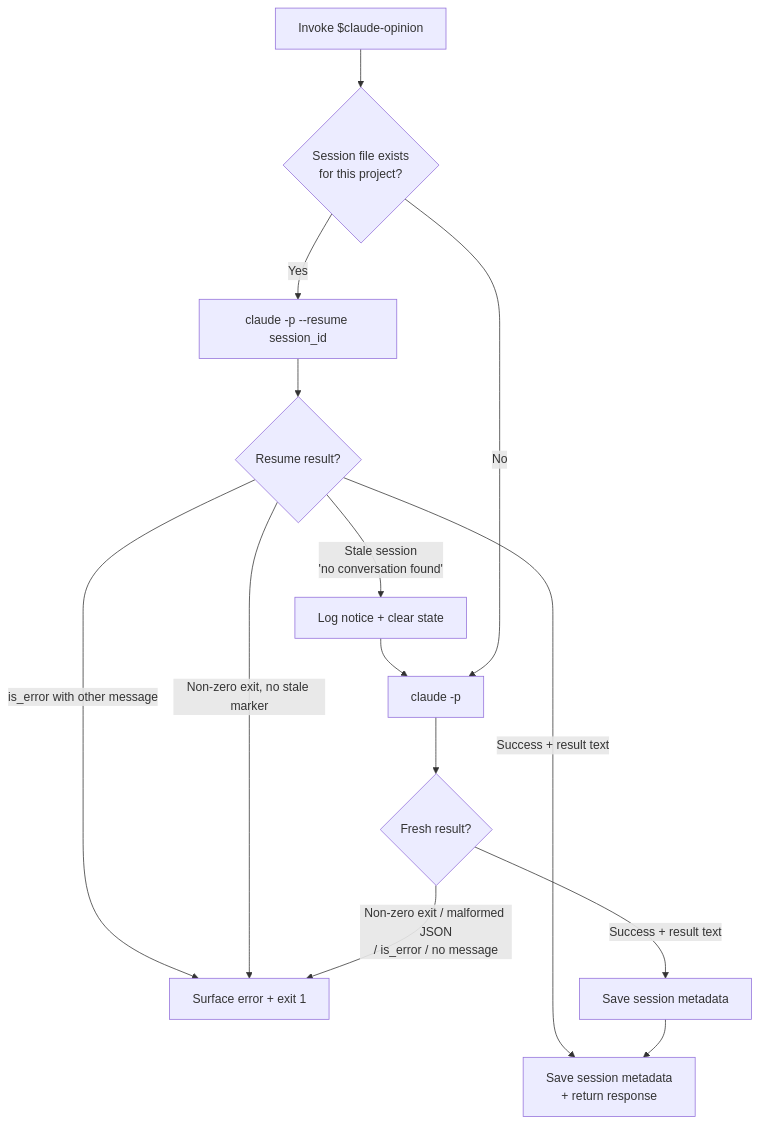
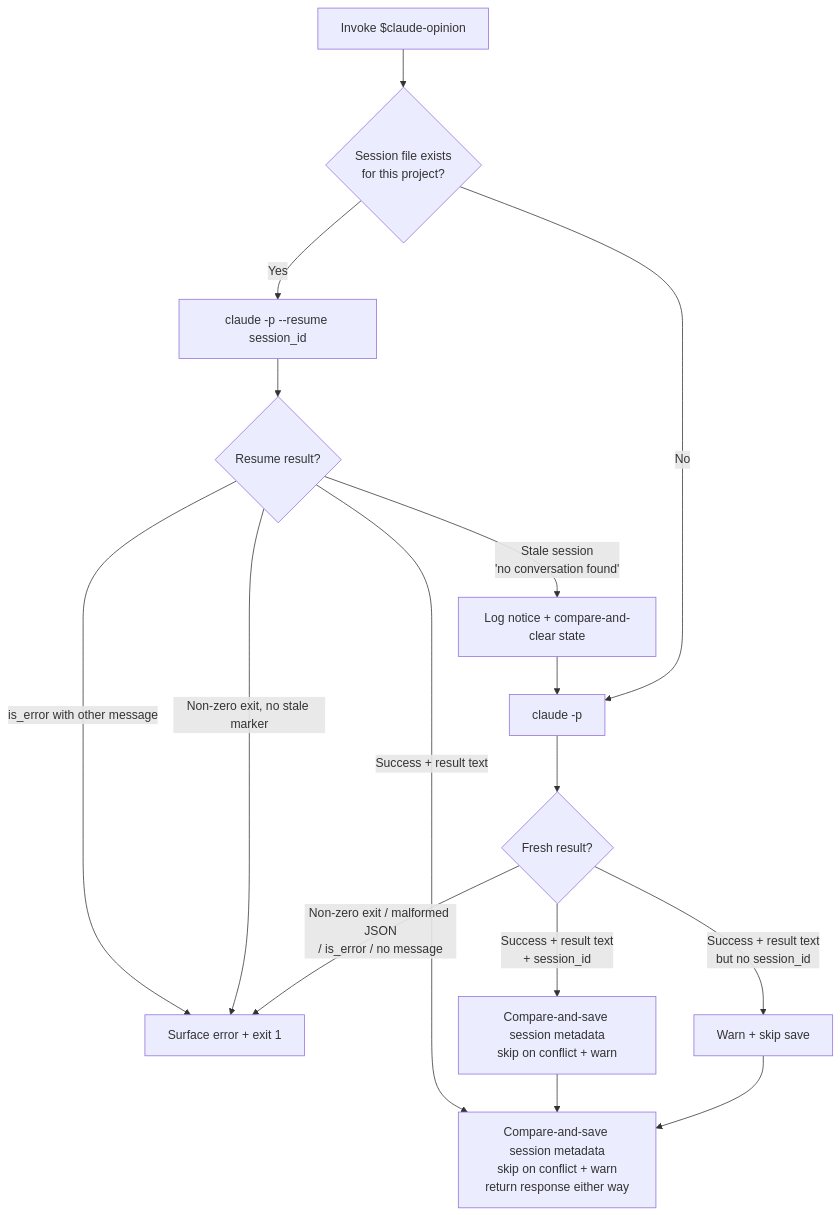
One commit to ehzawad/claude-opinion changed the first of 2 diagrams in DESIGN.md. Above: the diagram before and after it, drawn with Mermaid. The commit also changed other lines of this file and 2 other files, not shown here.

First line of the commit message:
Address Codex round-3 review: compare-and-save resume path, refuse on corrupt state

````diff
--- a/DESIGN.md
+++ b/DESIGN.md
@@ -24,16 +27,18 @@
 ```mermaid
 flowchart TD
     A[Invoke $claude-opinion] --> B{Session file exists<br/>for this project?}
     B -- Yes --> C[claude -p --resume session_id]
     C --> D{Resume result?}
-    D -- Success + result text --> E[Save session metadata<br/>+ return response]
-    D -- Stale session<br/>'no conversation found' --> F[Log notice + clear state]
+    D -- Success + result text --> E[Compare-and-save session metadata<br/>skip on conflict + warn<br/>return response either way]
+    D -- Stale session<br/>'no conversation found' --> F[Log notice + compare-and-clear state]
     D -- is_error with other message --> X["Surface error + exit 1"]
     D -- Non-zero exit, no stale marker --> X
     F --> G[claude -p]
     B -- No --> G
     G --> H{Fresh result?}
-    H -- Success + result text --> I[Save session metadata]
+    H -- Success + result text<br/>+ session_id --> I[Compare-and-save session metadata<br/>skip on conflict + warn]
+    H -- Success + result text<br/>but no session_id --> J[Warn + skip save]
     H -- Non-zero exit / malformed JSON<br/>/ is_error / no message --> X
     I --> E
+    J --> E
 ```
````
